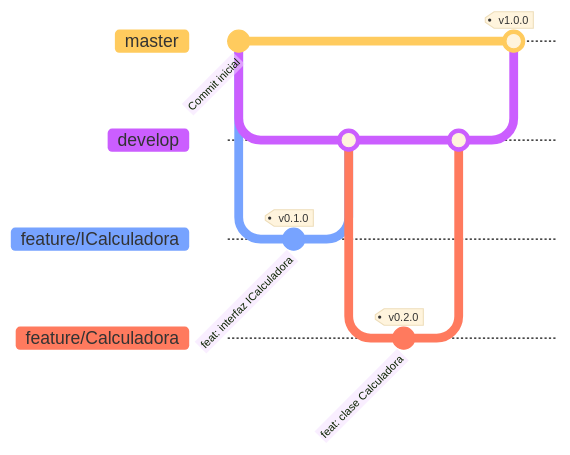
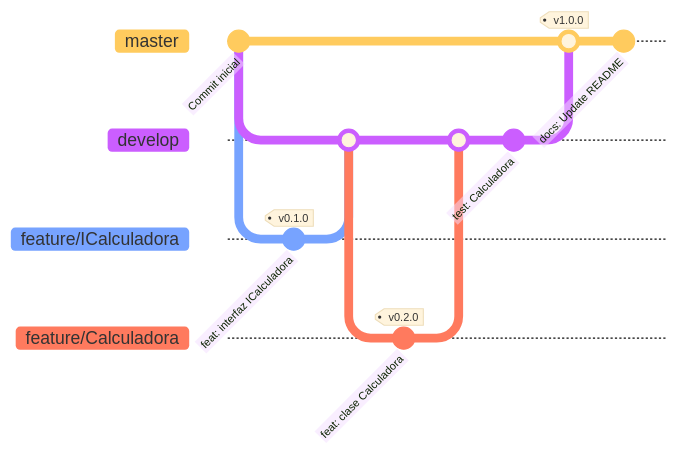
The diagram in README.md (DanielSobBorja/prueba_mermaid), drawn with Mermaid before and after one commit.

````diff
--- a/README.md
+++ b/README.md
@@ -3,19 +3,18 @@
 ```mermaid
 %%{init: { 'logLevel': 'debug', 'theme': 'base', 'gitGraph': {'showBranches': true, 'showCommitLabel':true,'mainBranchName': 'master'}} }%%
 gitGraph
   commit id:"Commit inicial"
   branch develop
-  checkout develop
   branch feature/ICalculadora
-  checkout feature/ICalculadora
   commit id:"feat: interfaz ICalculadora" tag:"v0.1.0"
   checkout develop
   merge feature/ICalculadora
   branch feature/Calculadora
-  checkout feature/Calculadora
   commit id:"feat: clase Calculadora" tag:"v0.2.0"
   checkout develop
   merge feature/Calculadora
+  commit id:"test: Calculadora"
   checkout master
   merge develop tag:"v1.0.0"
+  commit id:"docs: Update README"
 ```
````
